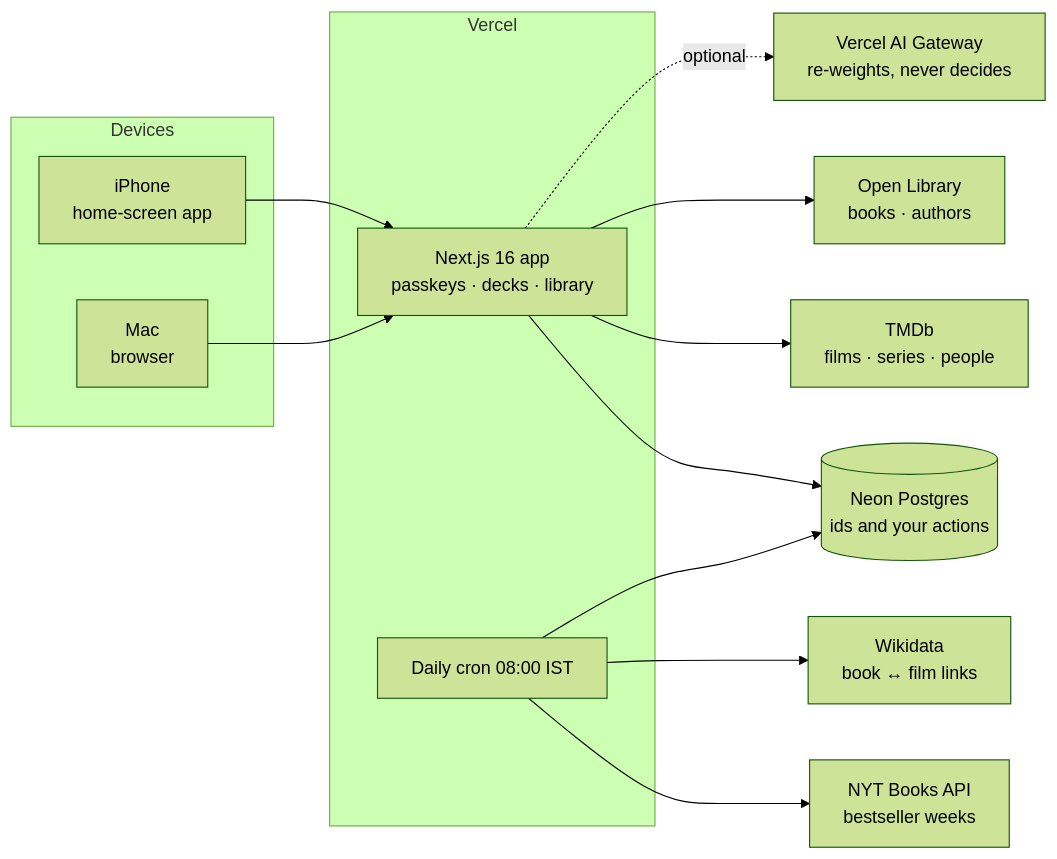
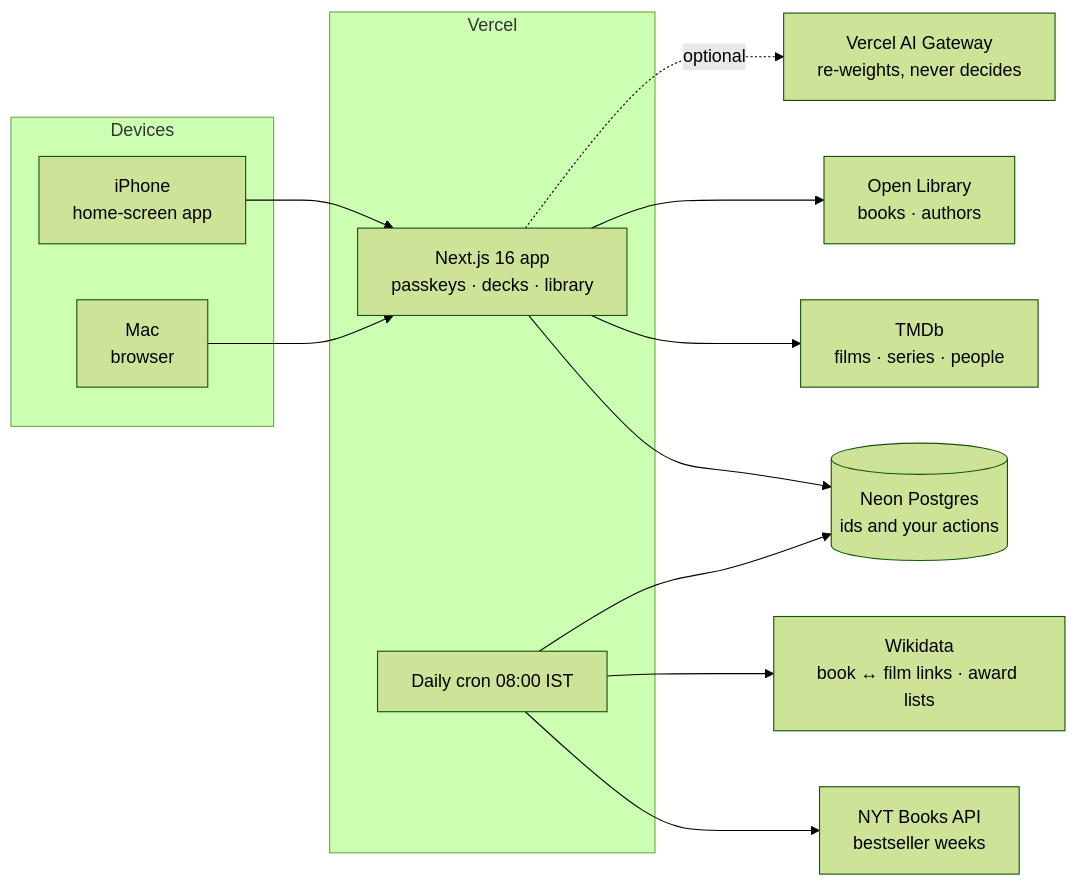
The diagram in docs/how-it-works.md (khavyaa/MoodReel), drawn with Mermaid (forest theme) before and after one commit. The commit also changed other lines of this file and 36 other files, not shown here.

First line of the commit message:
Lists: award winners, TMDb top rated and film collections

````diff
--- a/docs/how-it-works.md
+++ b/docs/how-it-works.md
@@ -8,20 +8,20 @@
 ```mermaid
 flowchart LR
   subgraph Devices
     I["iPhone<br/>home-screen app"]
     M["Mac<br/>browser"]
   end
   subgraph Vercel
     A["Next.js 16 app<br/>passkeys · decks · library"]
     C["Daily cron 08:00 IST"]
   end
   DB[("Neon Postgres<br/>ids and your actions")]
   I & M --> A
   A --> DB
   A --> TMDB["TMDb<br/>films · series · people"]
   A --> OL["Open Library<br/>books · authors"]
   A -.->|optional| AI["Vercel AI Gateway<br/>re-weights, never decides"]
   C --> NYT["NYT Books API<br/>bestseller weeks"]
-  C --> WD["Wikidata<br/>book ↔ film links"]
+  C --> WD["Wikidata<br/>book ↔ film links · award lists"]
   C --> DB
 ```
````
